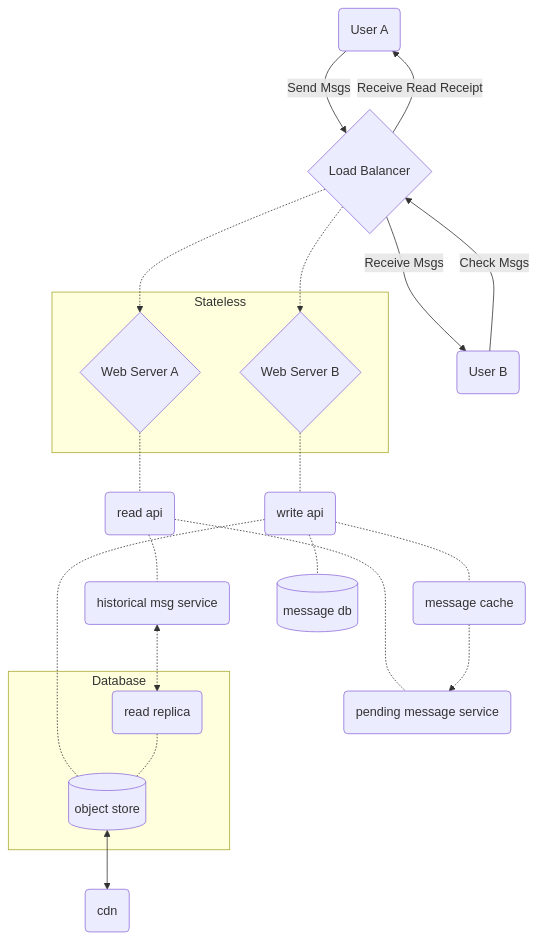
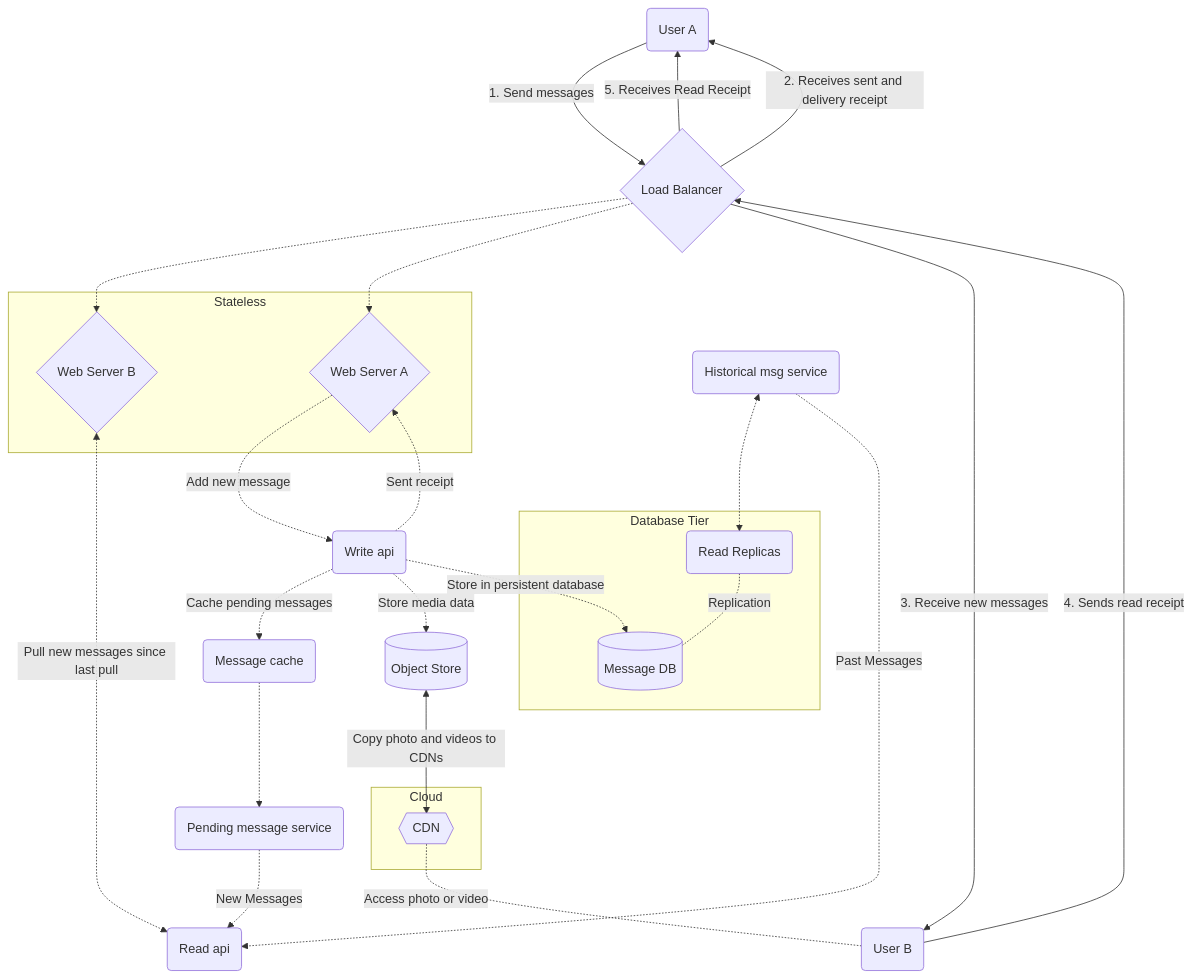
Before and after one commit to brpandey/leetcode-notes: the diagram in chat-design.md, drawn with Mermaid.

Commit message:
Updated chat design
Added more edges and add edge annotations

````diff
--- a/chat-design.md
+++ b/chat-design.md
@@ -1,29 +1,38 @@
 ```mermaid
 flowchart TB;
-    id1(User A) -- Send Msgs --> id3{Load Balancer}
-    id2(User B) -- Check Msgs --> id3
+    id1(User A) -- 1. Send messages --> id3{Load Balancer}
+    id2(User B) -- 4. Sends read receipt --> id3
     id3 -.-> id4
     id3 -.-> id5
-    id3 -- Receive Read Receipt --> id1
-    id3 -- Receive Msgs --> id2
+    id3 -- 5. Receives Read Receipt --> id1
+    id3 -- 2. Receives sent and delivery receipt --> id1
+    id3 -- 3. Receive new messages --> id2
     subgraph Stateless
-        id4{Web Server A}
-        id5{Web Server B}
+        id4{Web Server B}
+        id5{Web Server A}
     end
-    id4 -.- id7
-    id7(read api) -.- id8 & id10
-    id8(historical msg service) <-.-> id9
-    id9(read replica)
-    id10(pending message service)
-    id5 -.- id11
-    id11(write api) -.- id12 & id13 & id14
-    id12(message cache) -.-> id10
-    id13[(message db)]
-    id14[(object store)] <--> id15
-    id15(cdn)
-    id9 -.- id14
-    subgraph Database 
+    id4 <-. Pull new messages since last pull .-> id7
+    id7(Read api)
+    id8(Historical msg service) <-.-> id9
+    id8 -. Past Messages .-> id7
+    id9(Read Replicas) -. Replication .- id13
+    id10(Pending message service) -. New Messages .-> id7
+    id5 -. Add new message .-> id11
+    id11(Write api) -. Cache pending messages .-> id12
+    id11 -. Store in persistent database .-> id13
+    id11 -. Store media data .-> id14
+    id11 -. Sent receipt .-> id5
+    id12(Message cache) -.-> id10
+    id13[(Message DB)]
+    id14[(Object Store)] <-- Copy photo and videos to CDNs--> id15
+    id15{{CDN}}
+    subgraph Database Tier
       id9
-      id14
+      id13
     end
+    subgraph Cloud
+      id15
+    end
+    id15 -. Access photo or video .- id2
+
 ```
````
